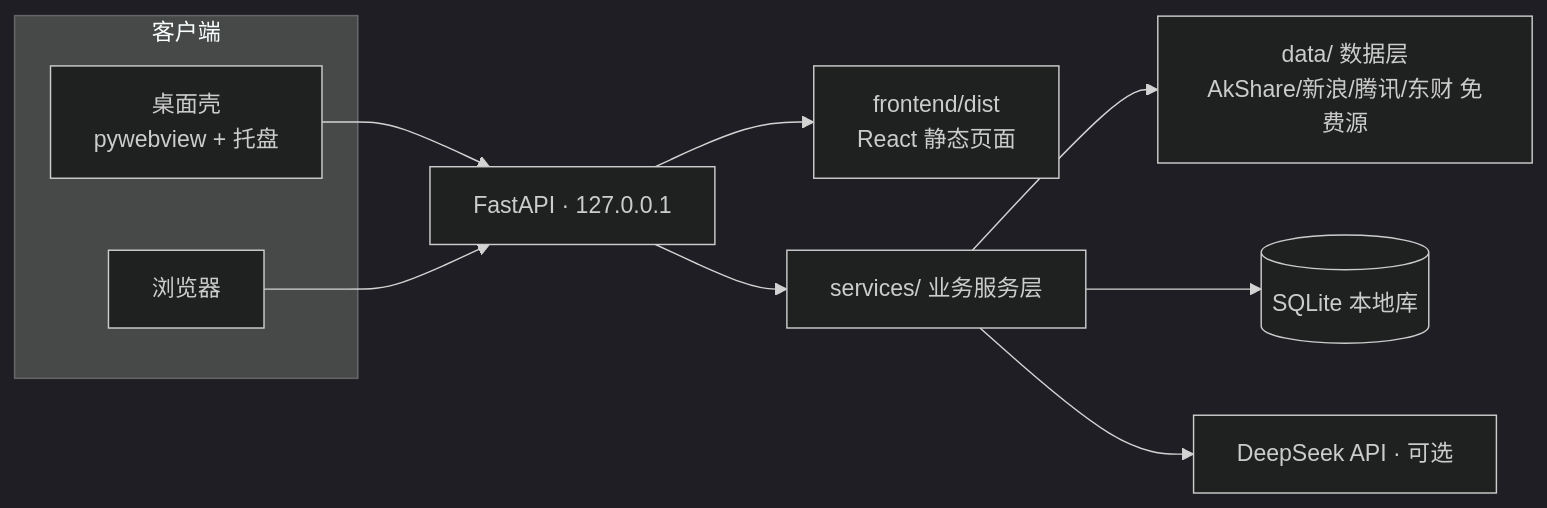
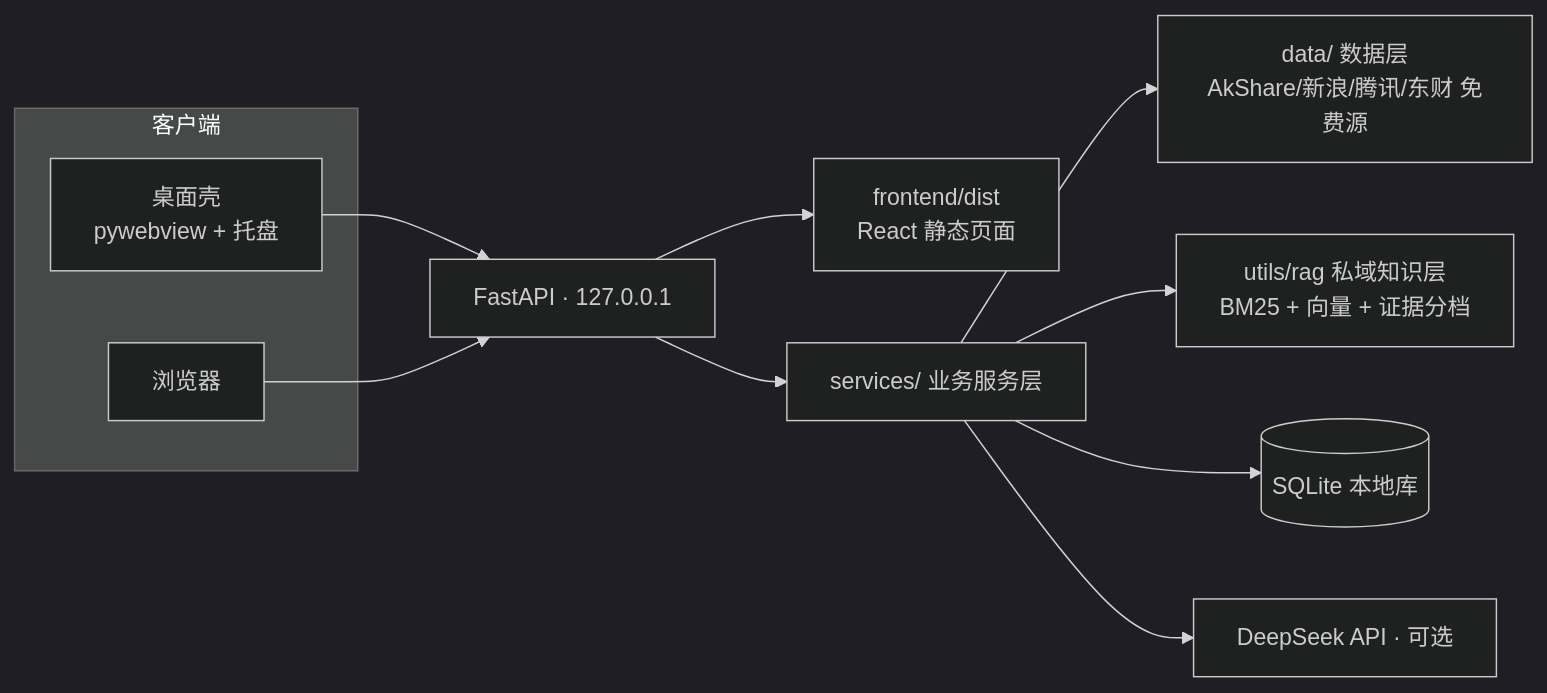
The diagram in README.md (cx-ssg/invest-concierge), drawn with Mermaid (dark theme) before and after one commit. The commit also changed other lines of this file and 4 other files, not shown here.

````diff
--- a/README.md
+++ b/README.md
@@ -138,14 +138,15 @@
 ```mermaid
 flowchart LR
     subgraph 客户端
       A[桌面壳<br/>pywebview + 托盘]
       B[浏览器]
     end
     A --> C[FastAPI · 127.0.0.1]
     B --> C
     C --> H[frontend/dist<br/>React 静态页面]
     C --> D[services/ 业务服务层]
     D --> E[data/ 数据层<br/>AkShare/新浪/腾讯/东财 免费源]
+    D --> R[utils/rag 私域知识层<br/>BM25 + 向量 + 证据分档]
     D --> F[(SQLite 本地库)]
     D --> G[DeepSeek API · 可选]
 ```
````
